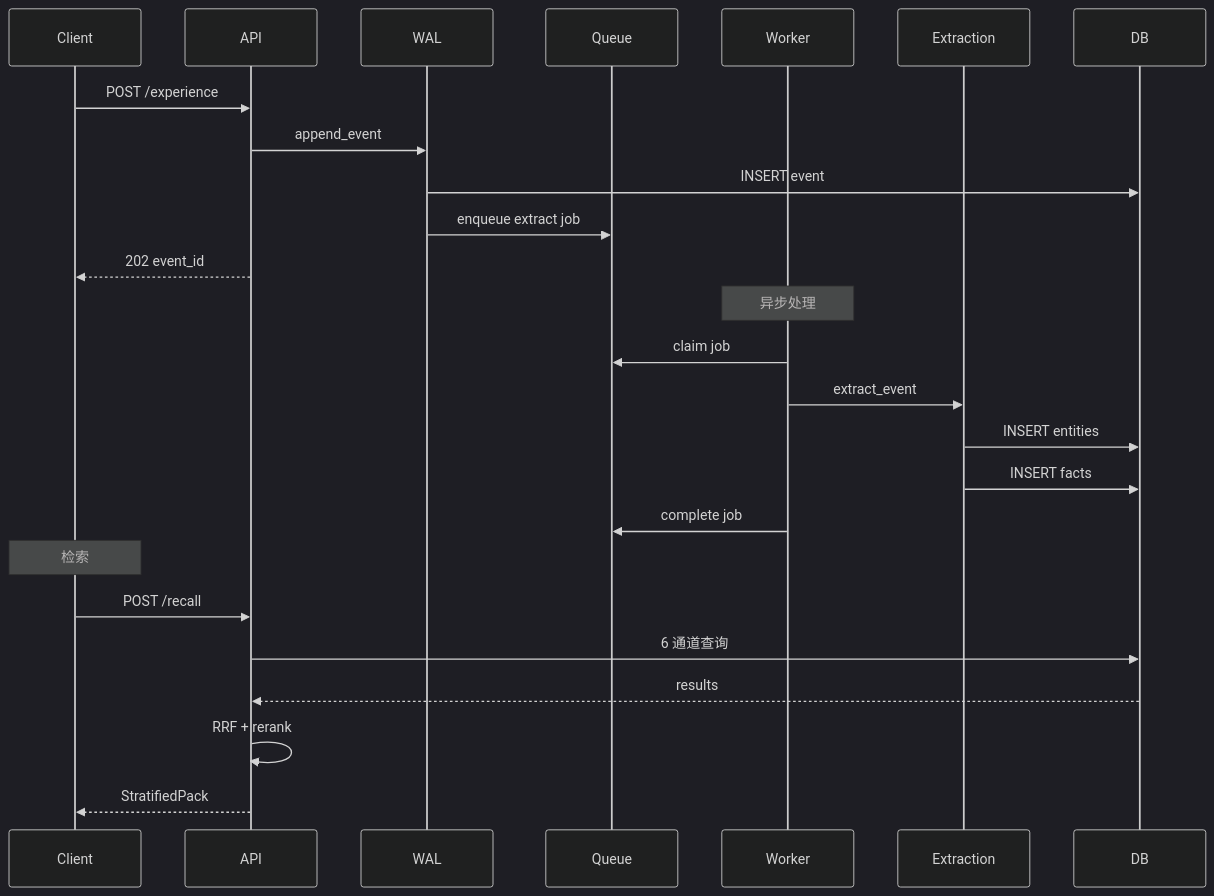
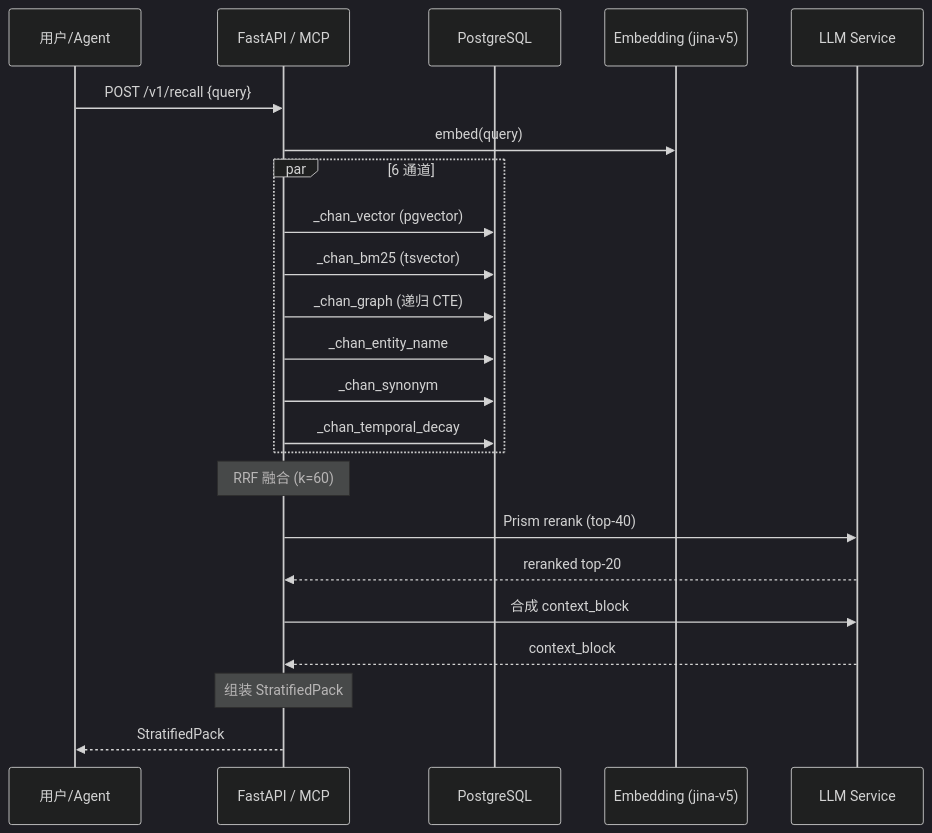
The third of 6 diagrams in source/chapters/13-architecture-diagrams.md (pty819/cortex-py-book), drawn with Mermaid (dark theme) before and after one commit. The commit also changed other lines of this file and 18 other files, not shown here.

First line of the commit message:
docs: refresh book with latest cortex-py architecture

````diff
--- a/source/chapters/13-architecture-diagrams.md
+++ b/source/chapters/13-architecture-diagrams.md
@@ -189,32 +88,32 @@
 ```{mermaid}
 sequenceDiagram
-    participant C as Client
-    participant API as API
-    participant WAL as WAL
-    participant Q as Queue
-    participant W as Worker
-    participant EXT as Extraction
-    participant DB as DB
+    participant U as 用户/Agent
+    participant API as FastAPI / MCP
+    participant DB as PostgreSQL
+    participant EMB as Embedding (jina-v5)
+    participant LLM as LLM Service
     
-    C->>API: POST /experience
-    API->>WAL: append_event
-    WAL->>DB: INSERT event
-    WAL->>Q: enqueue extract job
-    API-->>C: 202 event_id
+    U->>API: POST /v1/recall {query}
+    API->>EMB: embed(query)
     
-    Note over W: 异步处理
+    par 6 通道
+        API->>DB: _chan_vector (pgvector)
+        API->>DB: _chan_bm25 (tsvector)
+        API->>DB: _chan_graph (递归 CTE)
+        API->>DB: _chan_entity_name
+        API->>DB: _chan_synonym
+        API->>DB: _chan_temporal_decay
+    end
     
-    W->>Q: claim job
-    W->>EXT: extract_event
-    EXT->>DB: INSERT entities
-    EXT->>DB: INSERT facts
-    W->>Q: complete job
+    Note over API: RRF 融合 (k=60)
     
-    Note over C: 检索
+    API->>LLM: Prism rerank (top-40)
+    LLM-->>API: reranked top-20
     
-    C->>API: POST /recall
-    API->>DB: 6 通道查询
-    DB-->>API: results
-    API->>API: RRF + rerank
-    API-->>C: StratifiedPack
+    API->>LLM: 合成 context_block
+    LLM-->>API: context_block
+    
+    Note over API: 组装 StratifiedPack
+    
+    API-->>U: StratifiedPack
 ```
````
